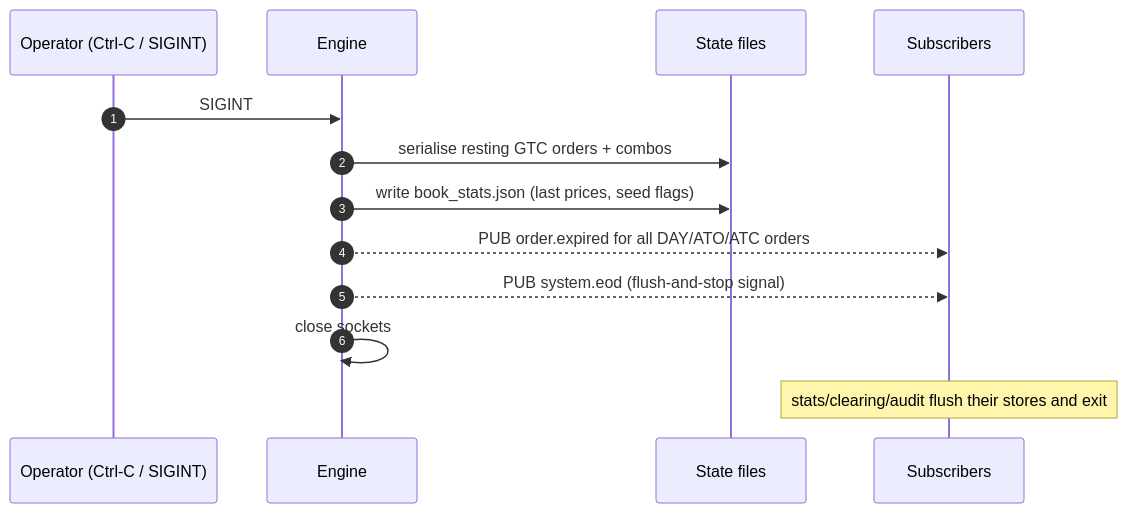
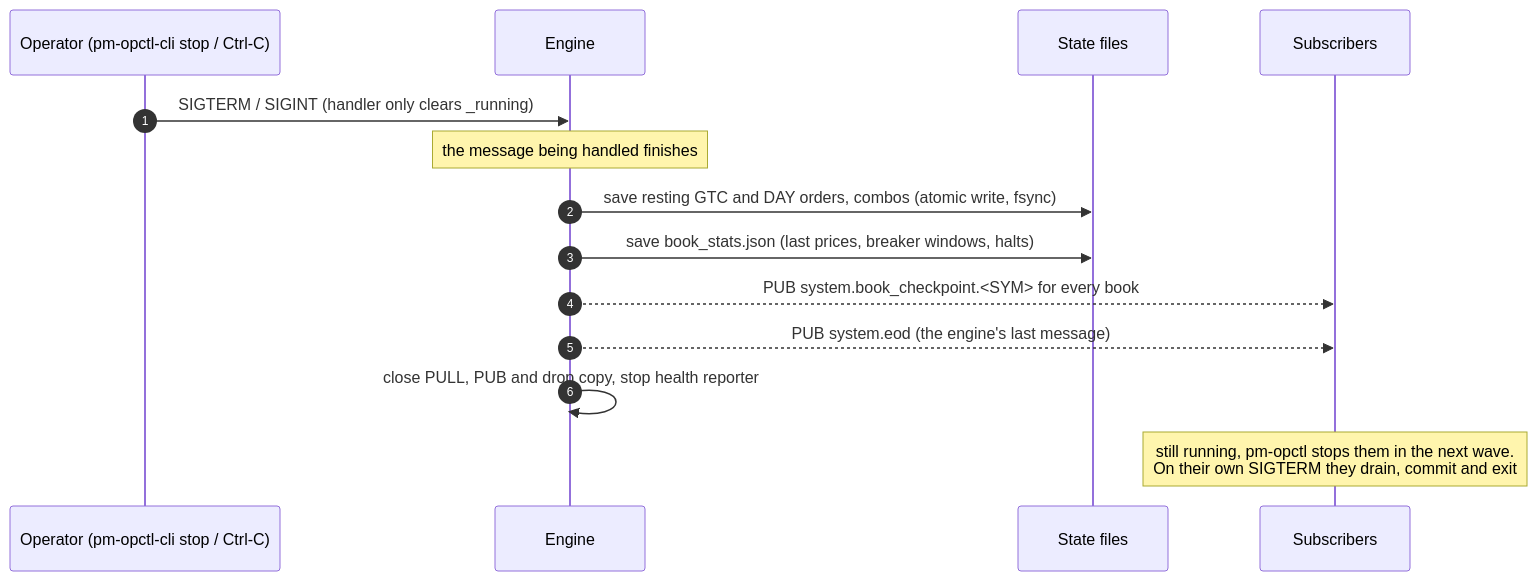
The sixth of 7 diagrams in docs/books/architecture-and-development/part-1-architecture/010-architecture-overview.md (johan162/EduMatcher), drawn with Mermaid before and after one commit. The commit also changed other lines of this file and 40 other files, not shown here.

Commit message:
docs(architecture): verify every chapter against the code; add message-architecture chapter and figures

````diff
--- a/docs/books/architecture-and-development/part-1-architecture/010-architecture-overview.md
+++ b/docs/books/architecture-and-development/part-1-architecture/010-architecture-overview.md
@@ -1275,15 +1417,16 @@
 ```mermaid
 sequenceDiagram
     autonumber
-    participant OP as Operator (Ctrl-C / SIGINT)
+    participant OP as Operator (pm-opctl-cli stop / Ctrl-C)
     participant ENG as Engine
     participant DISK as State files
     participant SUB as Subscribers
-    OP->>ENG: SIGINT
-    ENG->>DISK: serialise resting GTC orders + combos
-    ENG->>DISK: write book_stats.json (last prices, seed flags)
-    ENG-->>SUB: PUB order.expired for all DAY/ATO/ATC orders
-    ENG-->>SUB: PUB system.eod (flush-and-stop signal)
-    ENG->>ENG: close sockets
-    Note over SUB: stats/clearing/audit flush their stores and exit
+    OP->>ENG: SIGTERM / SIGINT (handler only clears _running)
+    Note over ENG: the message being handled finishes
+    ENG->>DISK: save resting GTC and DAY orders, combos (atomic write, fsync)
+    ENG->>DISK: save book_stats.json (last prices, breaker windows, halts)
+    ENG-->>SUB: PUB system.book_checkpoint.<SYM> for every book
+    ENG-->>SUB: PUB system.eod (the engine's last message)
+    ENG->>ENG: close PULL, PUB and drop copy, stop health reporter
+    Note over SUB: still running, pm-opctl stops them in the next wave.<br/>On their own SIGTERM they drain, commit and exit
 ```
````
